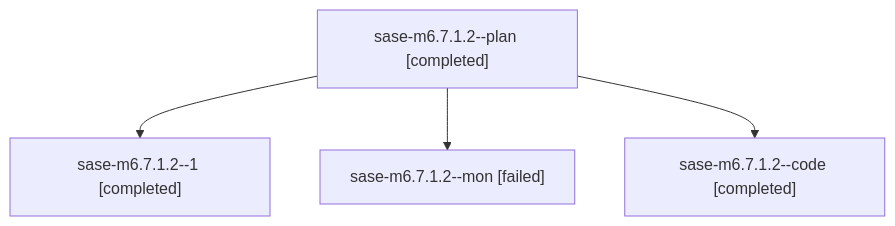
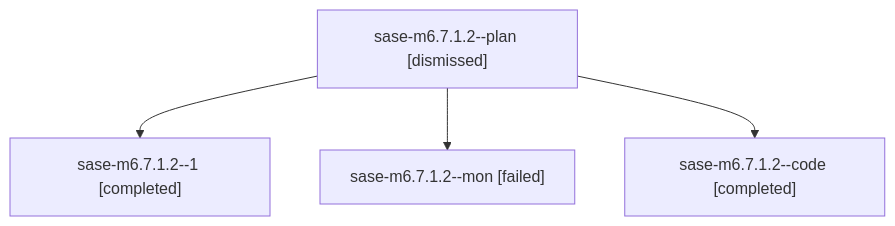
The diagram in families/bbugyi200.athena.sase-m6.7.1.2.md (sase-org/sase--agents), drawn with Mermaid before and after one commit. The commit also changed other lines of this file and 335 other files, not shown here.

````diff
--- a/families/bbugyi200.athena.sase-m6.7.1.2.md
+++ b/families/bbugyi200.athena.sase-m6.7.1.2.md
@@ -9,10 +9,10 @@
 ```mermaid
 flowchart TD
-  n0["sase-m6.7.1.2--plan [completed]"]
+  n0["sase-m6.7.1.2--plan [dismissed]"]
   n1["sase-m6.7.1.2--1 [completed]"]
   n0 --> n1
   n2["sase-m6.7.1.2--mon [failed]"]
   n0 --> n2
   n3["sase-m6.7.1.2--code [completed]"]
   n0 --> n3
 ```
````
